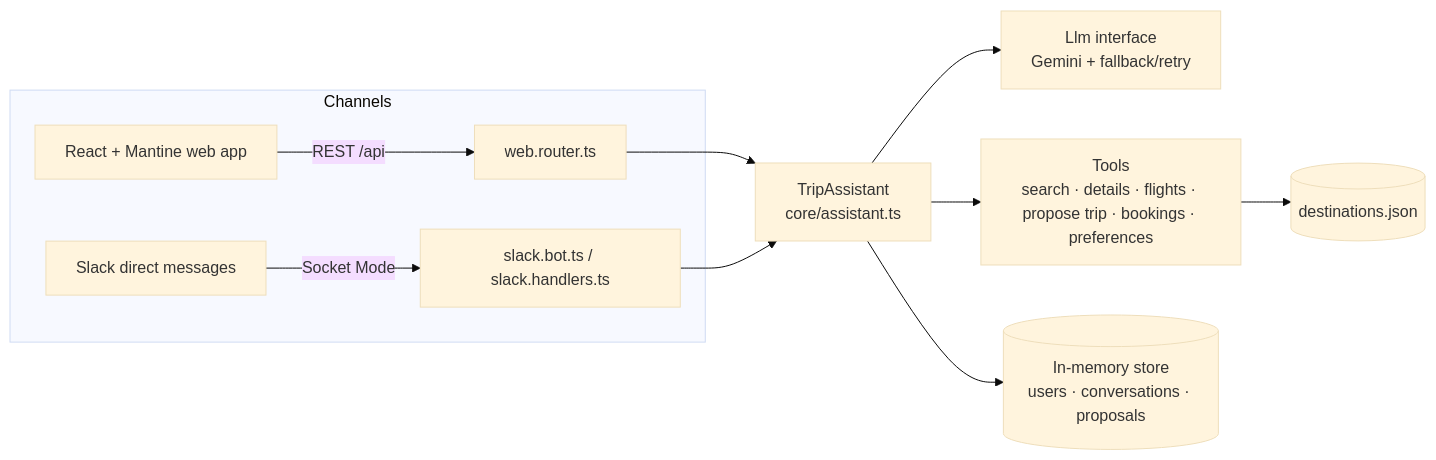
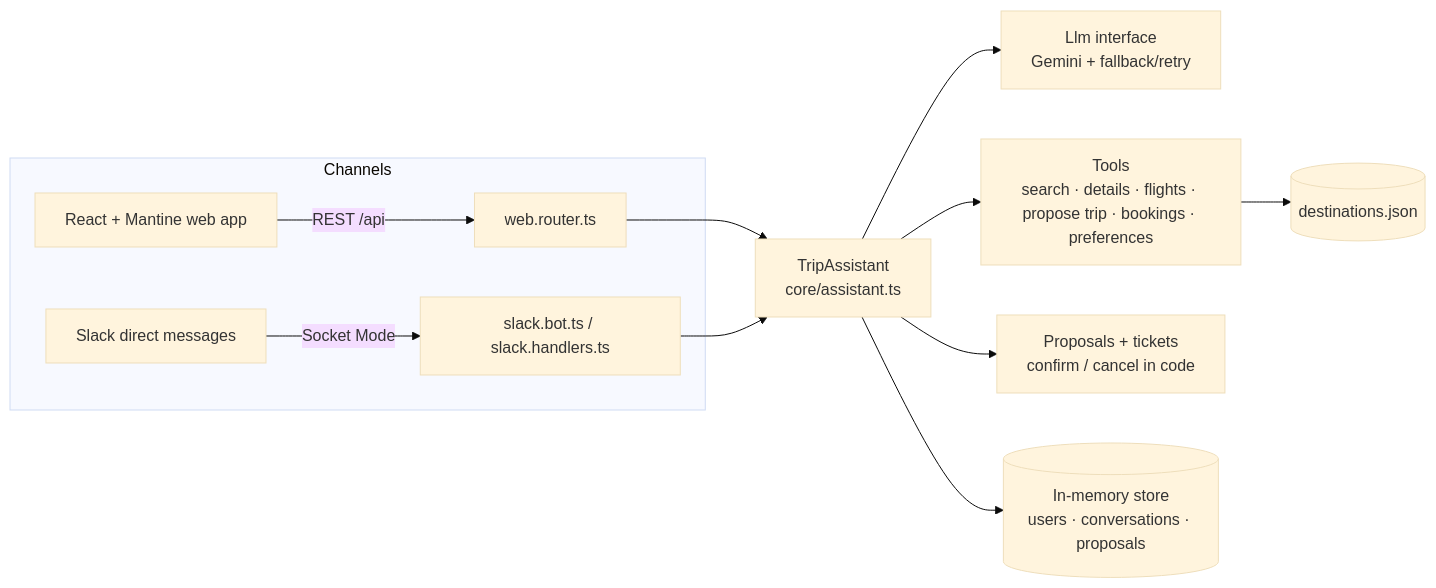
The diagram in README.md (dvora-novogrodski/channels-assistant), drawn with Mermaid (base theme) before and after one commit. The commit also changed other lines of this file and 1 other file, not shown here.

Commit message:
README and decision log: requirements map, booking flow, current tests and limitations

````diff
--- a/README.md
+++ b/README.md
@@ -35,13 +51,14 @@
 ```mermaid
 flowchart LR
   subgraph Channels
     W[React + Mantine web app] -->|REST /api| R[web.router.ts]
     S[Slack direct messages] -->|Socket Mode| B[slack.bot.ts / slack.handlers.ts]
   end
   R --> A[TripAssistant<br/>core/assistant.ts]
   B --> A
   A --> L[Llm interface<br/>Gemini + fallback/retry]
   A --> T[Tools<br/>search · details · flights · propose trip · bookings · preferences]
+  A --> P[Proposals + tickets<br/>confirm / cancel in code]
   T --> D[(destinations.json)]
   A --> M[(In-memory store<br/>users · conversations · proposals)]
 ```
````
